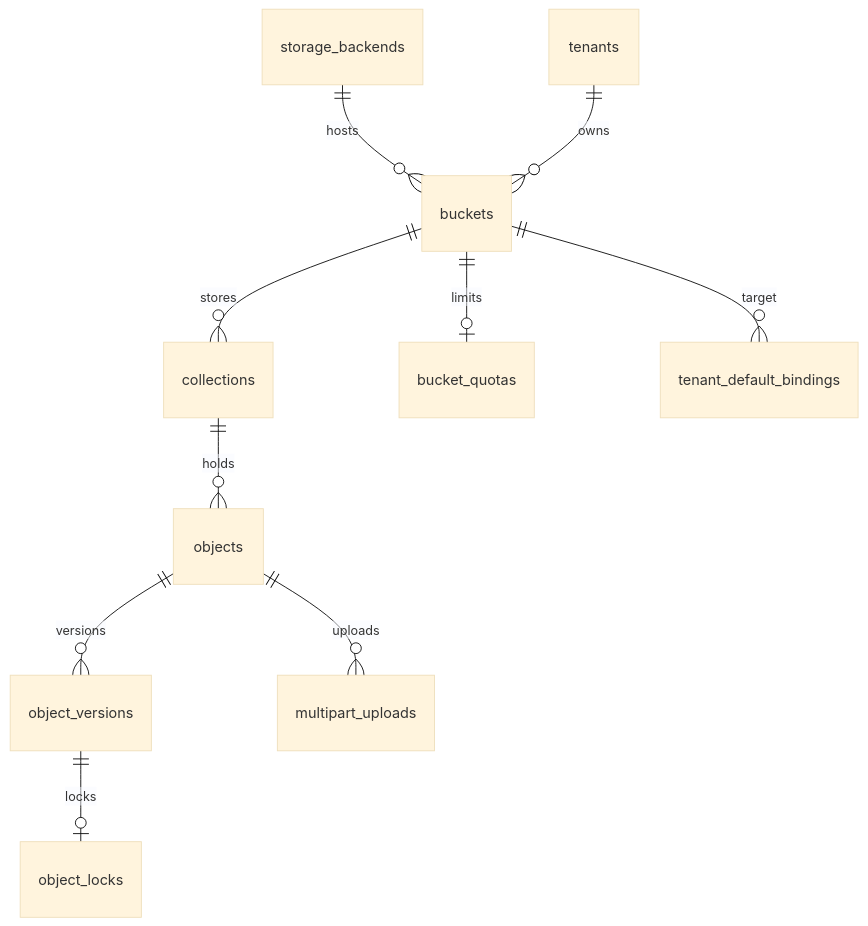
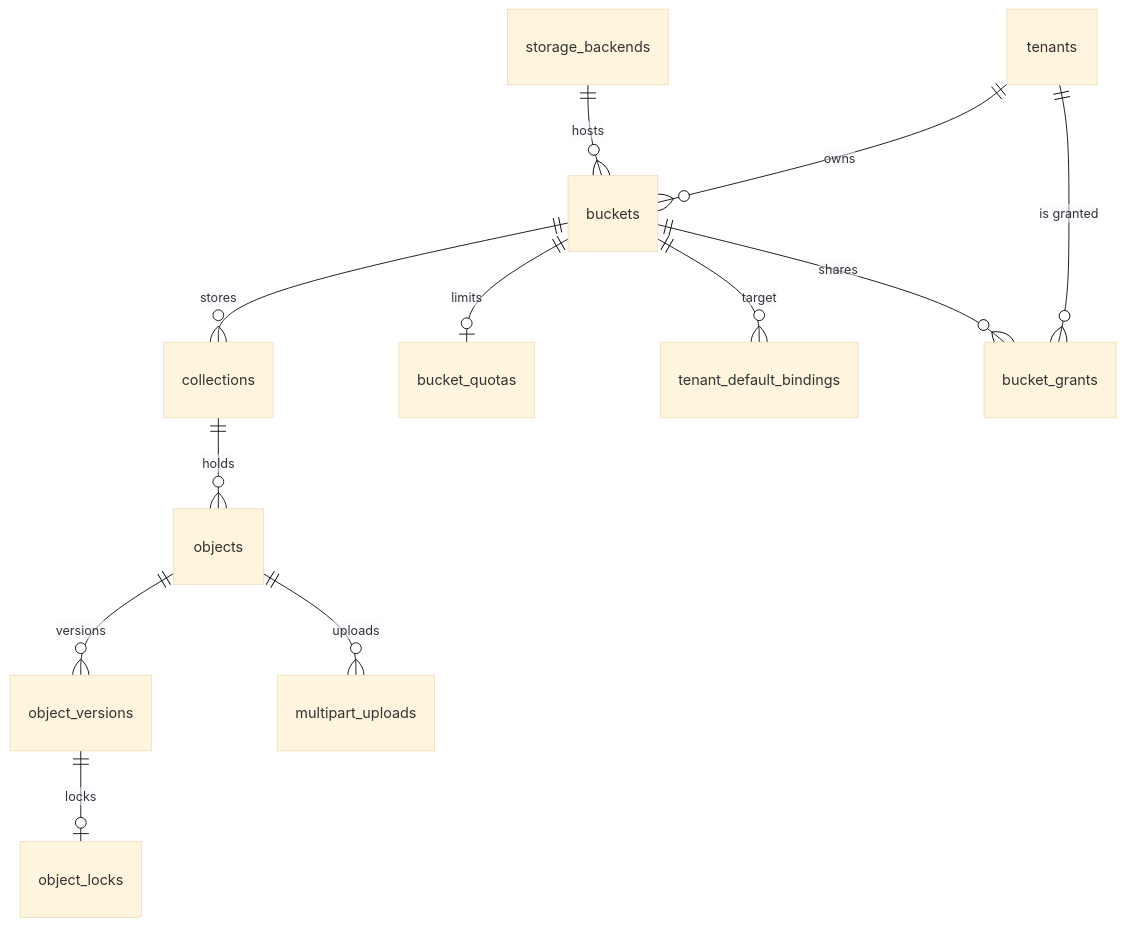
One commit to oleg-tkachuk/paladin changed diagram 12 of 14 in backend/docs/diagrams.md. Above: the diagram before and after it, drawn with Mermaid (base theme). The commit also changed other lines of this file and 4 other files, not shown here.

Commit message:
docs(architecture): bring the architecture pages and their diagrams up to date with the code

````diff
--- a/backend/docs/diagrams.md
+++ b/backend/docs/diagrams.md
@@ -412,12 +418,14 @@
 ```mermaid
 erDiagram
     storage_backends ||--o{ buckets : hosts
     tenants ||--o{ buckets : owns
     buckets ||--o{ collections : stores
     collections ||--o{ objects : holds
     objects ||--o{ object_versions : versions
     object_versions ||--o| object_locks : locks
     objects ||--o{ multipart_uploads : uploads
     buckets ||--o| bucket_quotas : limits
     buckets ||--o{ tenant_default_bindings : target
+    buckets ||--o{ bucket_grants : shares
+    tenants ||--o{ bucket_grants : "is granted"
 ```
````
